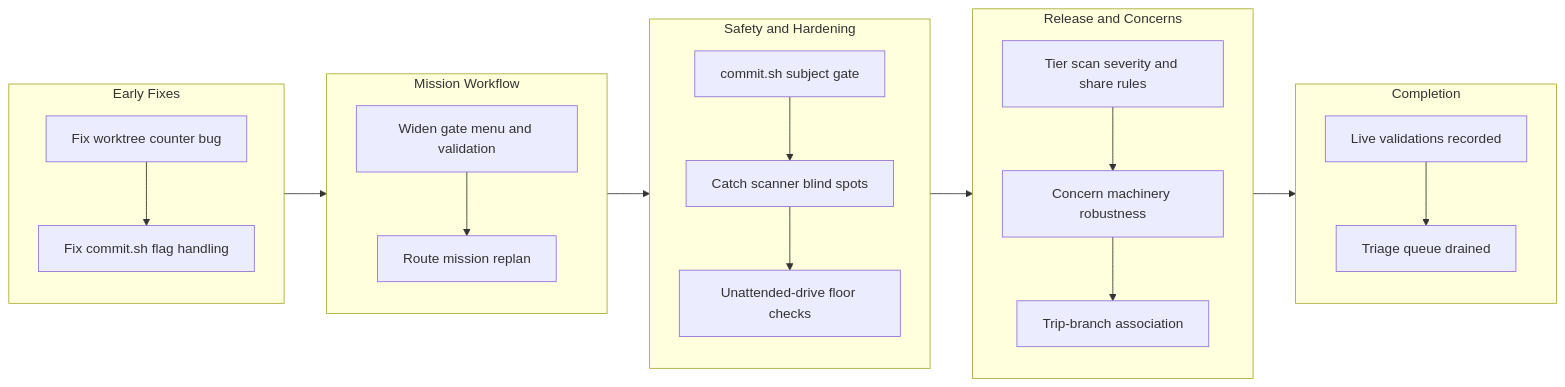
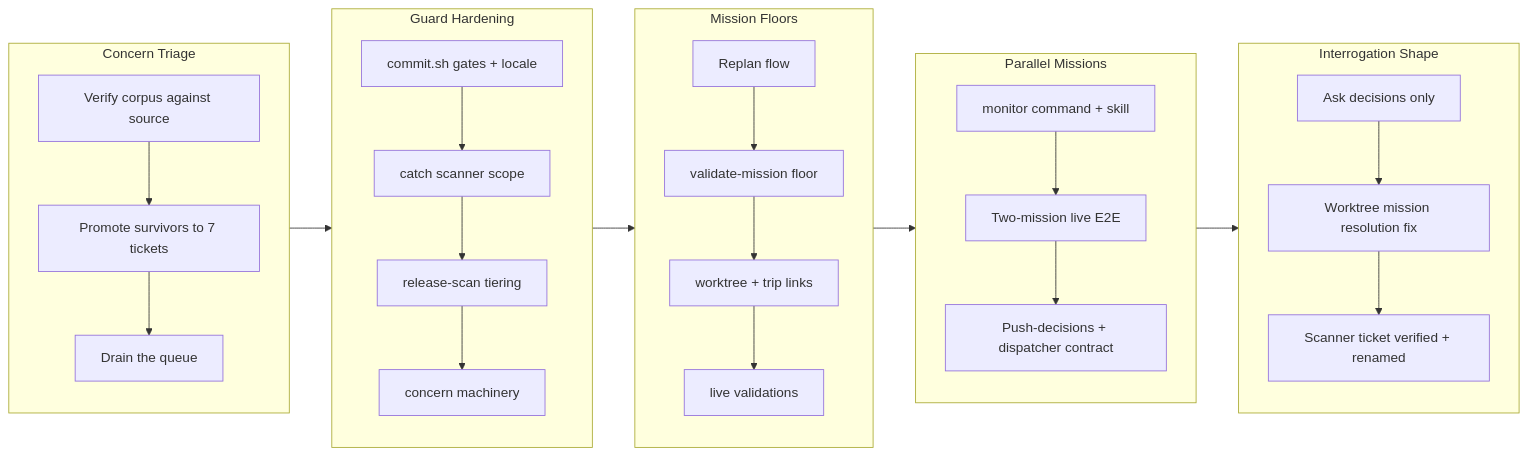
One commit to qmu/workaholic changed the diagram in .workaholic/stories/work-20260716-152211.md. Above: the diagram before and after it, drawn with Mermaid. The commit also changed other lines of this file and 1 other file, not shown here.

Commit message:
Add branch story for work-20260716-152211

````diff
--- a/.workaholic/stories/work-20260716-152211.md
+++ b/.workaholic/stories/work-20260716-152211.md
@@ -29,34 +29,29 @@
 ```mermaid
 flowchart LR
-  subgraph Early[Early Fixes]
+  subgraph Phase1[Concern Triage]
     direction TB
-    a1[Fix worktree counter bug] --> a2[Fix commit.sh flag handling]
+    a1[Verify corpus against source] --> a2[Promote survivors to 7 tickets] --> a3[Drain the queue]
   end
 
-  subgraph Mission[Mission Workflow]
+  subgraph Phase2[Guard Hardening]
     direction TB
-    b1[Widen gate menu and validation] --> b2[Route mission replan]
+    b1[commit.sh gates + locale] --> b2[catch scanner scope] --> b3[release-scan tiering] --> b4[concern machinery]
   end
 
-  subgraph Safety[Safety and Hardening]
+  subgraph Phase3[Mission Floors]
     direction TB
-    c1[commit.sh subject gate] --> c2[Catch scanner blind spots]
-    c2 --> c3[Unattended-drive floor checks]
+    c1[Replan flow] --> c2[validate-mission floor] --> c3[worktree + trip links] --> c4[live validations]
   end
 
-  subgraph Release[Release and Concerns]
+  subgraph Phase4[Parallel Missions]
     direction TB
-    d1[Tier scan severity and share rules] --> d2[Concern machinery robustness]
-    d2 --> d3[Trip-branch association]
+    d1[monitor command + skill] --> d2[Two-mission live E2E] --> d3[Push-decisions + dispatcher contract]
   end
 
-  subgraph Final[Completion]
+  subgraph Phase5[Interrogation Shape]
     direction TB
-    e1[Live validations recorded] --> e2[Triage queue drained]
+    e1[Ask decisions only] --> e2[Worktree mission resolution fix] --> e3[Scanner ticket verified + renamed]
   end
 
-  Early --> Mission
-  Mission --> Safety
-  Safety --> Release
-  Release --> Final
+  Phase1 --> Phase2 --> Phase3 --> Phase4 --> Phase5
 ```
````
